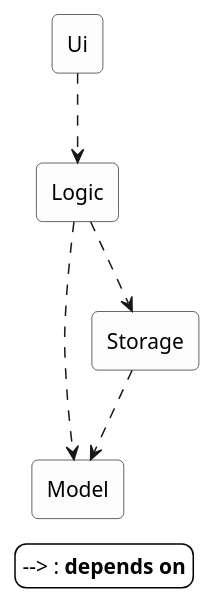
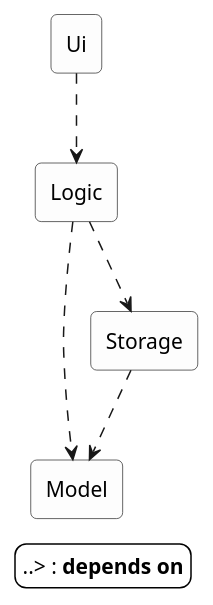
One commit to se-edu/se-book changed the diagram in architecture/introduction/what/images/architecture.puml. Above: the diagram before and after it, drawn with PlantUML. The commit also changed 2 other files, not shown here.

Commit message:
architecture: Use dashed arrows and legends consistently in diagrams
The chapter tells readers to check a diagram's legend for what an arrow
means, but its own diagrams were inconsistent:

- architecture.puml drew dependencies as '..>' while its legend
  illustrated them as '-->'
- twoViews.puml had no legend at all
- clientServerViews.puml drew dependencies as solid arrows, had no
  legend, and used one arrow style for both 'depends on' and
  'sends requests to'

Dependencies are now dashed everywhere, matching UML, and every diagram
with arrows carries a legend. Also restores the RemoteStorage-to-Model
dependency, which Storage had in the earlier diagrams and which
RemoteStorage keeps by honoring the same interface.

```diff
--- a/architecture/introduction/what/images/architecture.puml
+++ b/architecture/introduction/what/images/architecture.puml
@@ -1,22 +1,22 @@
 @startuml
 skinparam backgroundColor transparent
 skinparam shadowing false
 skinparam defaultTextAlignment center
 skinparam rectangle {
   BackgroundColor #FDFDFD
   BorderColor #333333
   roundCorner 8
 }
 top to bottom direction
 rectangle "Ui" as ui
 rectangle "Logic" as logic
 rectangle "Model" as model
 rectangle "Storage" as storage
 ui ..> logic
 logic ..> model
 logic ..> storage
 storage ..> model
 legend bottom
-  --> : <b>depends on</b>
+  ..> : <b>depends on</b>
 endlegend
 @enduml
```
